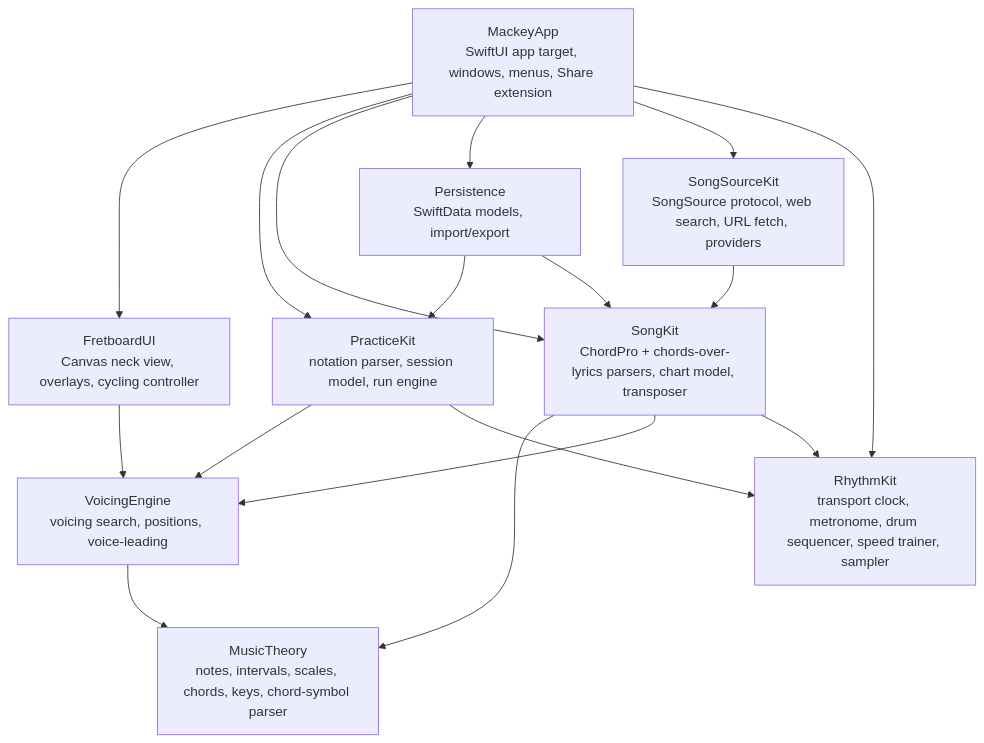
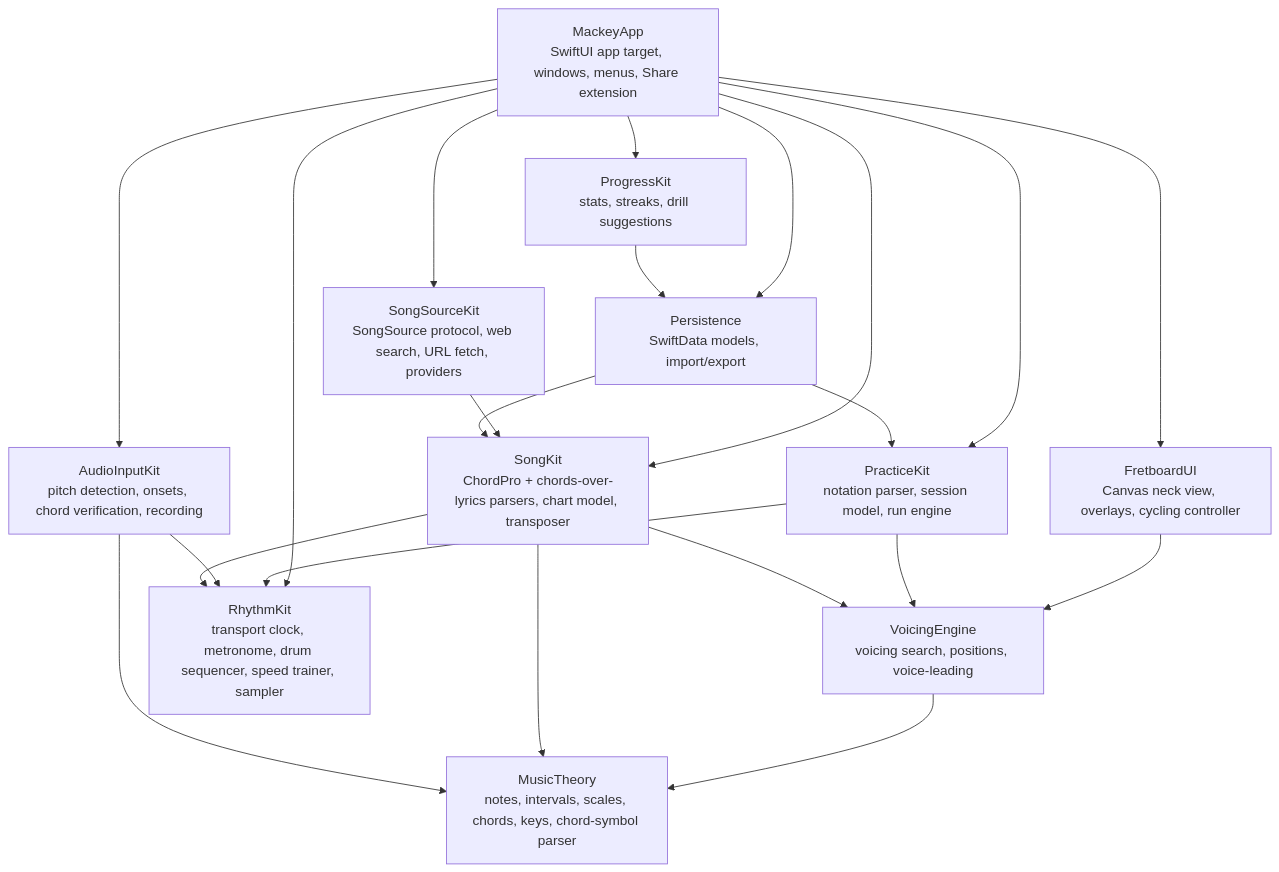
One commit to stainedhead/mackey-guitar-tutor changed the first of 2 diagrams in docs/architecture.md. Above: the diagram before and after it, drawn with Mermaid. The commit also changed other lines of this file and 5 other files, not shown here.

First line of the commit message:
docs: add tuner, scales overlay, tunings, CAGED maps, theory tips, progress, ear training, looper and mic recognition

````diff
--- a/docs/architecture.md
+++ b/docs/architecture.md
@@ -19,22 +20,28 @@
 ```mermaid
 flowchart TD
     App[MackeyApp<br/>SwiftUI app target, windows, menus, Share extension]
     FBUI[FretboardUI<br/>Canvas neck view, overlays, cycling controller]
     Practice[PracticeKit<br/>notation parser, session model, run engine]
     Songs[SongKit<br/>ChordPro + chords-over-lyrics parsers, chart model, transposer]
     Voicing[VoicingEngine<br/>voicing search, positions, voice-leading]
     Theory[MusicTheory<br/>notes, intervals, scales, chords, keys, chord-symbol parser]
     Audio[RhythmKit<br/>transport clock, metronome, drum sequencer, speed trainer, sampler]
     Store[Persistence<br/>SwiftData models, import/export]
+    Input[AudioInputKit<br/>pitch detection, onsets, chord verification, recording]
+    Progress[ProgressKit<br/>stats, streaks, drill suggestions]
     Search[SongSourceKit<br/>SongSource protocol, web search, URL fetch, providers]
 
     App --> FBUI & Practice & Songs & Store & Search & Audio
     FBUI --> Voicing --> Theory
     Practice --> Voicing
     Songs --> Theory
     Songs --> Voicing
     Search --> Songs
     Practice --> Audio
+    App --> Input & Progress
+    Input --> Theory
+    Input --> Audio
+    Progress --> Store
     Songs --> Audio
     Store --> Practice & Songs
 ```
````
